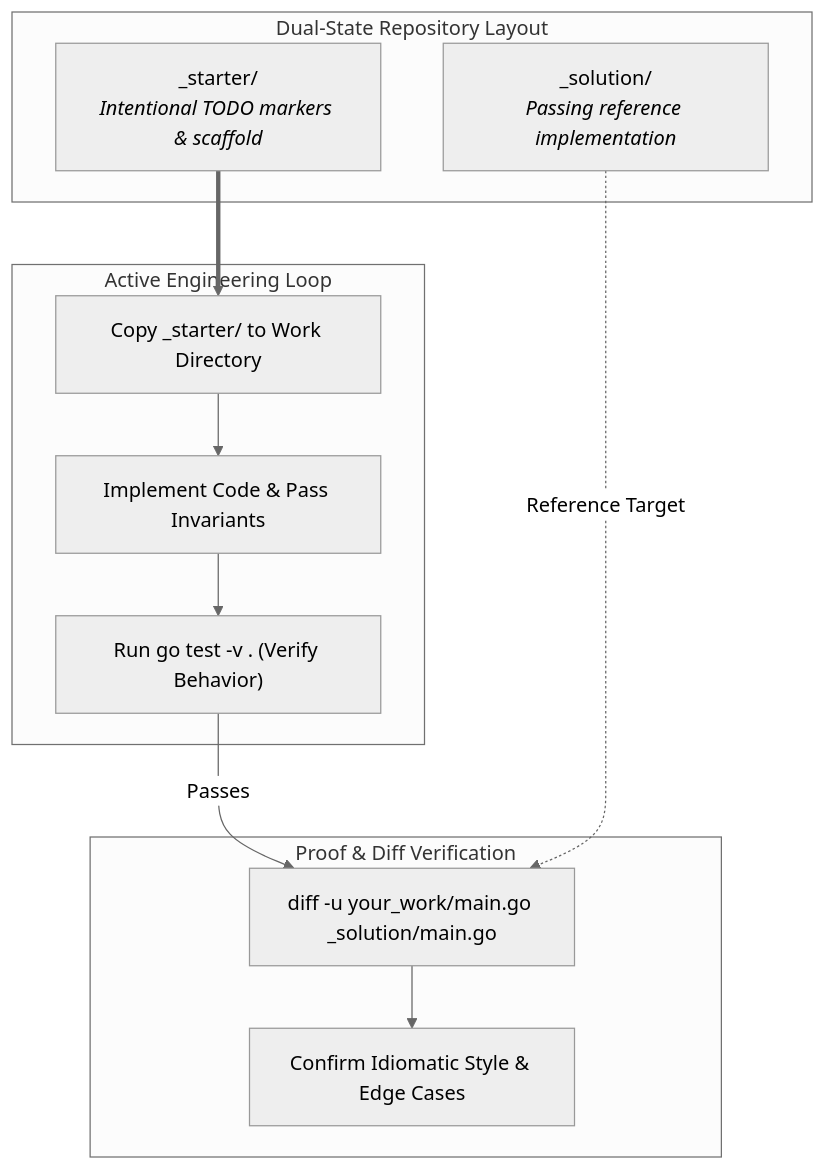
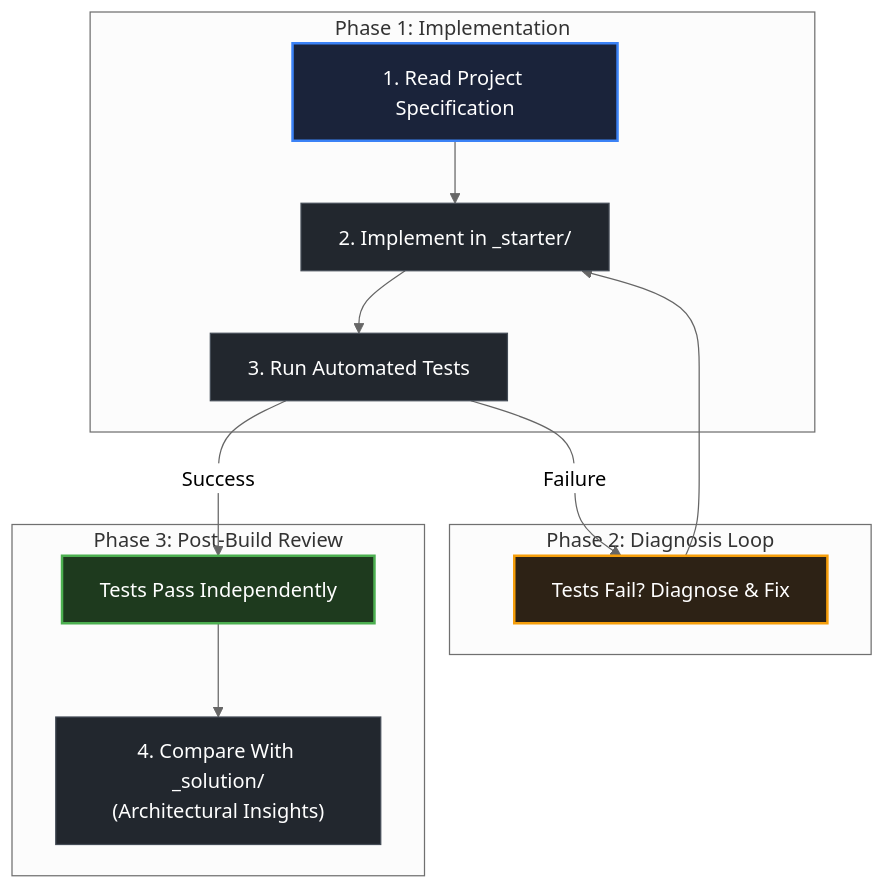
The diagram in curriculum/modules/00-orientation/lessons/05-how-starter-folders-work/README.md (swe-labs/the-go-engineer), drawn with Mermaid (neutral theme) before and after one commit. The commit also changed other lines of this file and 42 other files, not shown here.

````diff
--- a/curriculum/modules/00-orientation/lessons/05-how-starter-folders-work/README.md
+++ b/curriculum/modules/00-orientation/lessons/05-how-starter-folders-work/README.md
@@ -40,29 +32,26 @@
 ```mermaid
 flowchart TD
     classDef frontDoor fill:#1a233a,stroke:#3b82f6,stroke-width:2px,color:#ffffff;
     classDef exitGate fill:#1e3a1e,stroke:#4caf50,stroke-width:2px,color:#ffffff;
     classDef standardNode fill:#22272e,stroke:#444c56,stroke-width:1px,color:#ffffff;
     classDef capstoneNode fill:#2d2215,stroke:#f59e0b,stroke-width:2px,color:#ffffff;
-    subgraph IsolatedScaffold ["Dual-State Repository Layout"]
-        ST["_starter/<br/><i>Intentional TODO markers & scaffold</i>"]
-        SOL["_solution/<br/><i>Passing reference implementation</i>"]
+
+    subgraph Phase1 ["Phase 1: Implementation"]
+        SPEC["1. Read Project Specification"]:::frontDoor
+        START["2. Implement in _starter/"]:::standardNode
+        TEST["3. Run Automated Tests"]:::standardNode
+        SPEC --> START --> TEST
     end
 
-    subgraph LearnerFlow ["Active Engineering Loop"]
-        CP["Copy _starter/ to Work Directory"]
-        IMP["Implement Code & Pass Invariants"]
-        TST["Run go test -v . (Verify Behavior)"]
+    subgraph Phase2 ["Phase 2: Diagnosis Loop"]
+        FAIL["Tests Fail? Diagnose & Fix"]:::capstoneNode
+        TEST -->|Failure| FAIL
+        FAIL --> START
     end
 
-    subgraph Reflection ["Proof & Diff Verification"]
-        DIFF["diff -u your_work/main.go _solution/main.go"]
-        AUDIT["Confirm Idiomatic Style & Edge Cases"]
+    subgraph Phase3 ["Phase 3: Post-Build Review"]
+        PASS["Tests Pass Independently"]:::exitGate
+        SOL["4. Compare With _solution/<br/>(Architectural Insights)"]:::standardNode
+        TEST -->|Success| PASS --> SOL
     end
-
-    ST ==> CP
-    CP --> IMP
-    IMP --> TST
-    TST -->|Passes| DIFF
-    SOL -.->|Reference Target| DIFF
-    DIFF --> AUDIT
 ```
````
